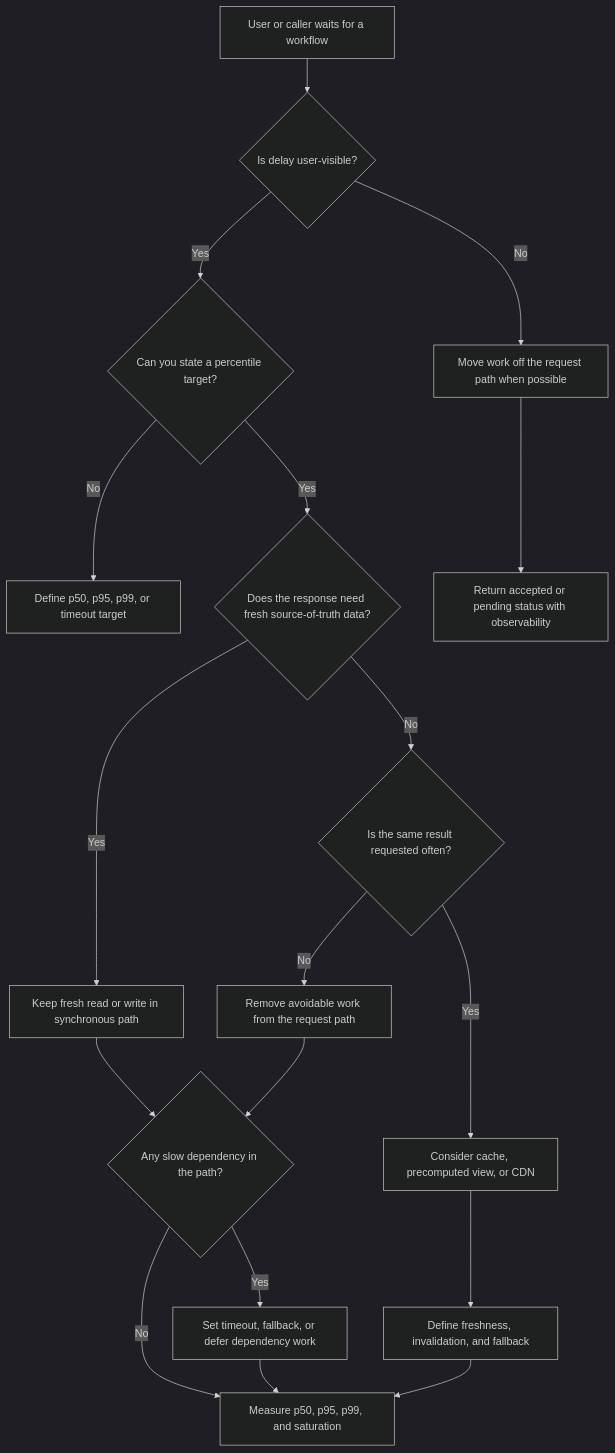
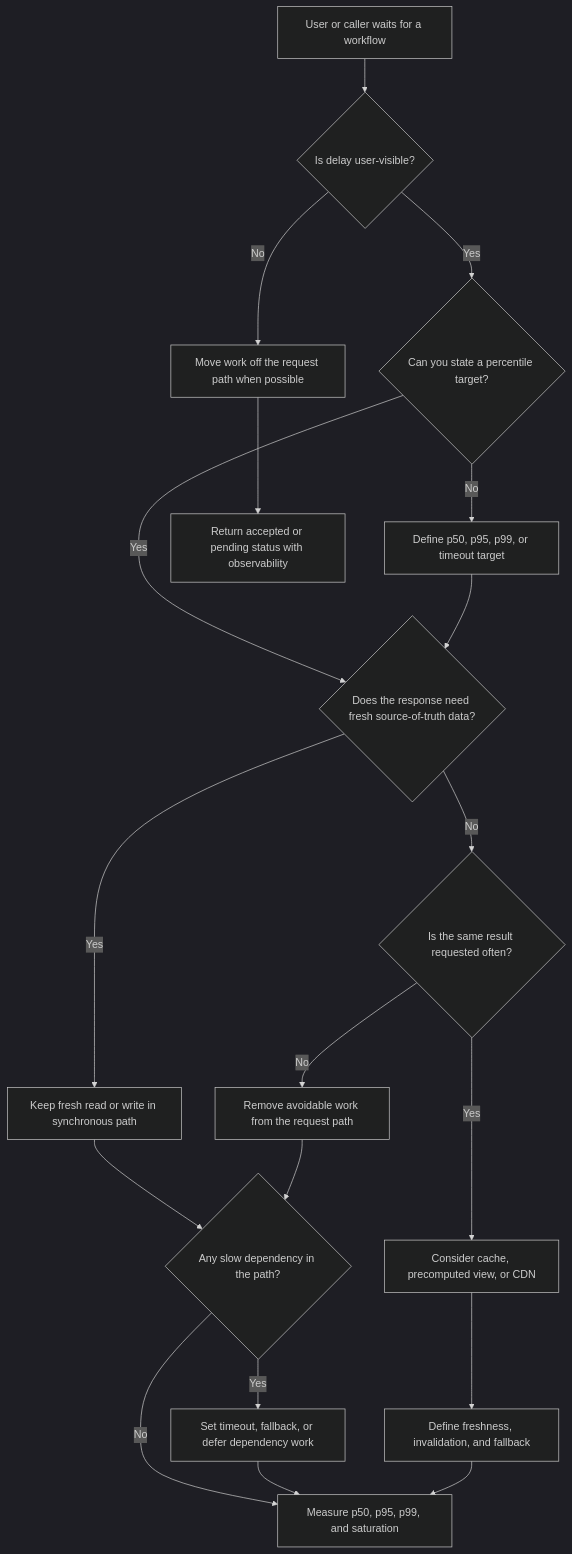
One commit to LeonSilva15/system-design changed the diagram in docs/requirements/latency.md. Above: the diagram before and after it, drawn with Mermaid (dark theme). The commit also changed other lines of this file, not shown here.

````diff
--- a/docs/requirements/latency.md
+++ b/docs/requirements/latency.md
@@ -57,26 +57,27 @@
 ```mermaid
 flowchart TD
     Start[User or caller waits for a workflow] --> Visible{Is delay user-visible?}
     Visible -->|No| Async[Move work off the request path when possible]
     Visible -->|Yes| Target{Can you state a percentile target?}
 
     Target -->|No| Define[Define p50, p95, p99, or timeout target]
     Target -->|Yes| Critical{Does the response need fresh source-of-truth data?}
+    Define --> Critical
 
     Critical -->|Yes| SyncPath[Keep fresh read or write in synchronous path]
     Critical -->|No| Reuse{Is the same result requested often?}
 
     Reuse -->|Yes| Cacheable[Consider cache, precomputed view, or CDN]
     Reuse -->|No| Trim[Remove avoidable work from the request path]
 
     SyncPath --> SlowDep{Any slow dependency in the path?}
     Trim --> SlowDep
     Cacheable --> Freshness[Define freshness, invalidation, and fallback]
 
     SlowDep -->|Yes| Isolate[Set timeout, fallback, or defer dependency work]
     SlowDep -->|No| Measure[Measure p50, p95, p99, and saturation]
 
     Async --> Status[Return accepted or pending status with observability]
     Isolate --> Measure
     Freshness --> Measure
 ```
````
